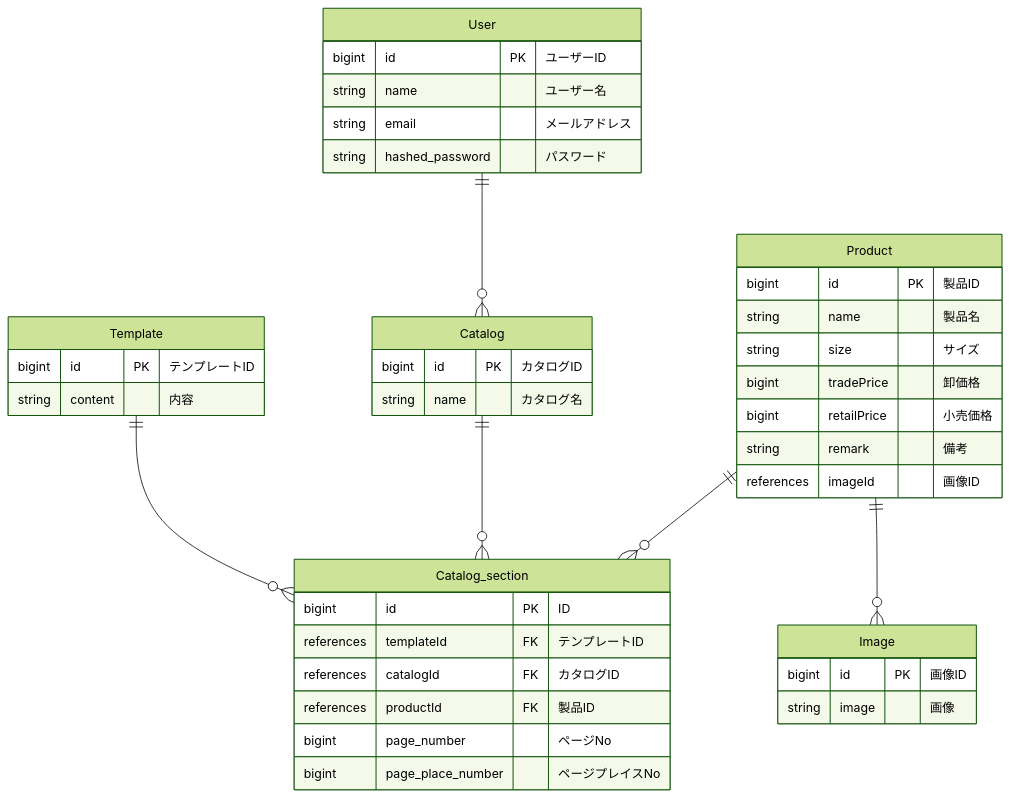
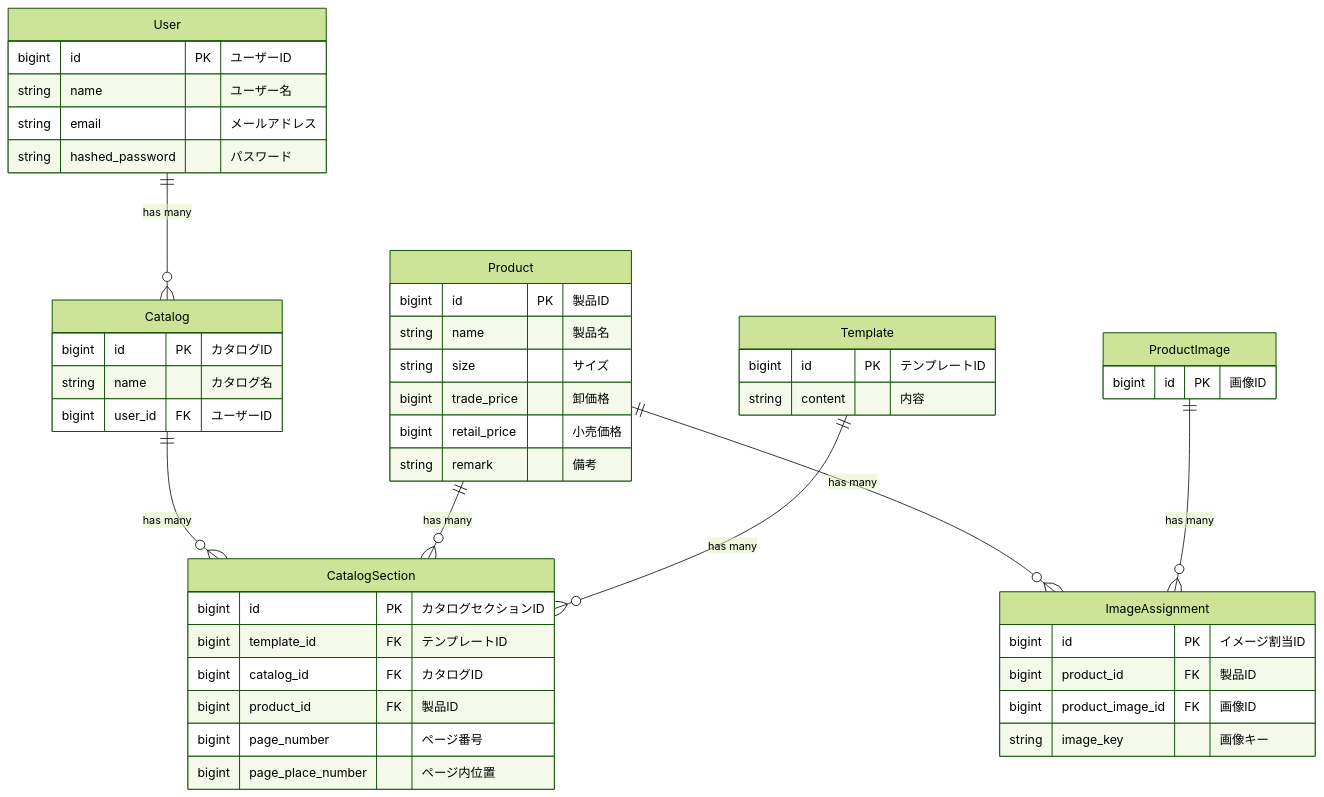
The diagram in documents/design/er.md (setodeve/CatalogEasy-backend), drawn with Mermaid (forest theme) before and after one commit.

Commit message:
feat: change er

````diff
--- a/documents/design/er.md
+++ b/documents/design/er.md
@@ -1,44 +1,57 @@
 ```mermaid
 erDiagram
+    User ||--o{ Catalog : "has many"
+    Catalog ||--o{ CatalogSection : "has many"
+    Product ||--o{ CatalogSection : "has many"
+    Template ||--o{ CatalogSection : "has many"
+    Product ||--o{ ImageAssignment : "has many"
+    ProductImage ||--o{ ImageAssignment : "has many"
+    
     User {
         bigint id PK "ユーザーID"
         string name "ユーザー名"
         string email "メールアドレス"
         string hashed_password "パスワード"
     }
+    
     Catalog {
         bigint id PK "カタログID"
         string name "カタログ名"
+        bigint user_id FK "ユーザーID"
     }
+    
     Product {
         bigint id PK "製品ID"
         string name "製品名"
         string size "サイズ"
-        bigint tradePrice "卸価格"
-        bigint retailPrice "小売価格"
+        bigint trade_price "卸価格"
+        bigint retail_price "小売価格"
         string remark "備考"
-        references imageId "画像ID"
     }
-
-    Image {
+    
+    ProductImage {
         bigint id PK "画像ID"
-        string image "画像"
     }
+    
     Template {
         bigint id PK "テンプレートID"
         string content "内容"
     }
-    Catalog_section {
-        bigint id PK "ID"
-        references templateId FK "テンプレートID"
-        references catalogId FK "カタログID"
-        references productId FK "製品ID"
-        bigint page_number  "ページNo"
-        bigint page_place_number  "ページプレイスNo"
+    
+    CatalogSection {
+        bigint id PK "カタログセクションID"
+        bigint template_id FK "テンプレートID"
+        bigint catalog_id FK "カタログID"
+        bigint product_id FK "製品ID"
+        bigint page_number "ページ番号"
+        bigint page_place_number "ページ内位置"
     }
-    User ||--o{ Catalog : ""
-    Product ||--o{ Catalog_section : ""
-    Catalog ||--o{ Catalog_section : ""
-    Template ||--o{ Catalog_section : ""
-    Product ||--o{ Image : ""
+    
+    ImageAssignment {
+        bigint id PK "イメージ割当ID"
+        bigint product_id FK "製品ID"
+        bigint product_image_id FK "画像ID"
+        string image_key "画像キー"
+    }
+
 ```
````
